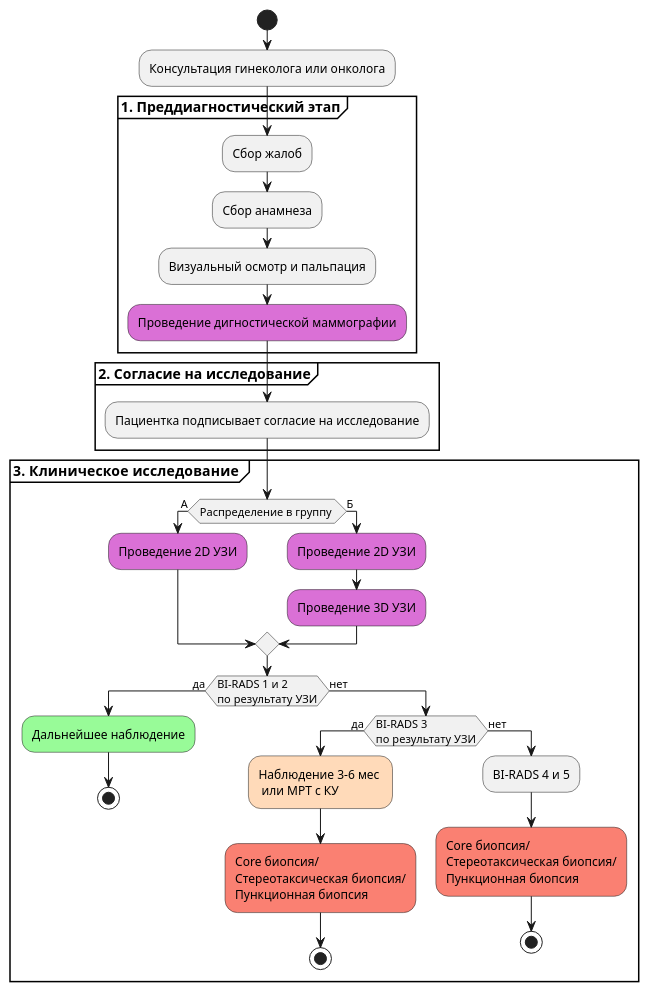
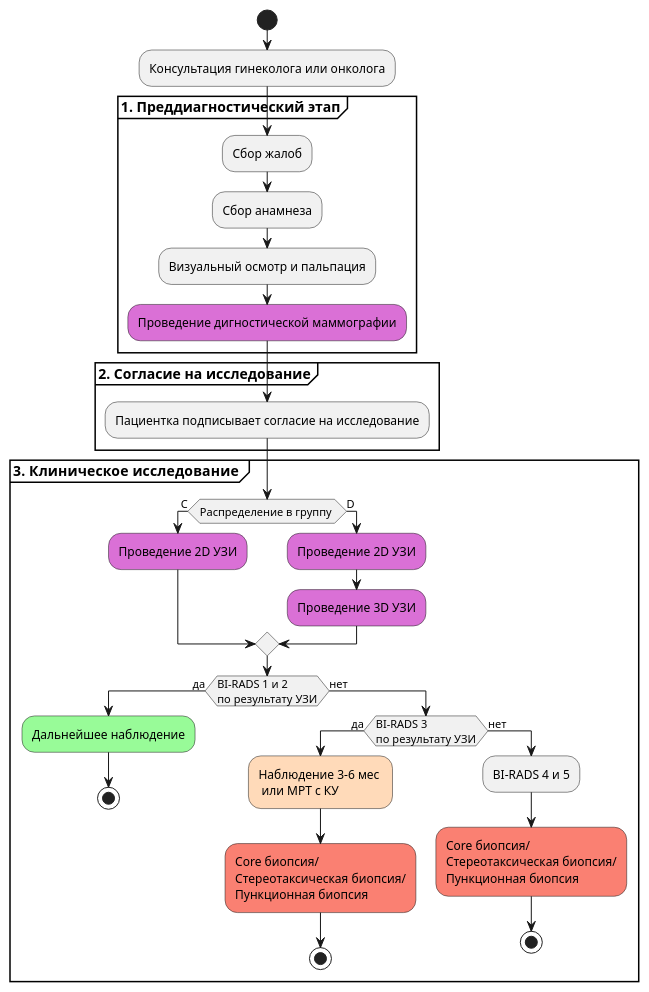
The diagram in Text_work/Articles/Snr_abus_accur/sheme2.puml (AndreyPovaliy/ABUS_US_diagnostics), drawn with PlantUML before and after one commit. The commit also changed 33 other files, not shown here.

```diff
--- a/Text_work/Articles/Snr_abus_accur/sheme2.puml
+++ b/Text_work/Articles/Snr_abus_accur/sheme2.puml
@@ -1,41 +1,40 @@
 @startuml
 start
 :Консультация гинеколога или онколога;
 group <b>1. Преддиагностический этап</b>
 :Сбор жалоб;
 :Сбор анамнеза;
 :Визуальный осмотр и пальпация;
 #Orchid:Проведение дигностической маммографии;
 end group
 group <b>2. Согласие на исследование</b>
 :Пациентка подписывает согласие на исследование;
 end group
 
 group <b>3.  Клиническое исследование </b>
-if (Распределение в группу ) then (А)
+if (Распределение в группу ) then (C)
 #Orchid:Проведение 2D УЗИ;
 
 
 
 
-else(Б)
-
+else(D)
 #Orchid:Проведение 2D УЗИ;
 
 #Orchid:Проведение 3D УЗИ;
 
 endif
 
 if (BI-RADS 1 и 2 \nпо результату УЗИ) then (да)
 #palegreen:Дальнейшее наблюдение;
 stop
 else(нет)
 if  (BI-RADS 3 \nпо результату УЗИ) then (да)
 #PeachPuff:Наблюдение 3-6 мес \n или МРТ с КУ;
 #salmon:Core биопсия/\nСтереотаксическая биопсия/\nПункционная биопсия;
 stop
 else(нет)
 :BI-RADS 4 и 5;
 #salmon:Core биопсия/\nСтереотаксическая биопсия/\nПункционная биопсия;
 stop
 @endumll
```
